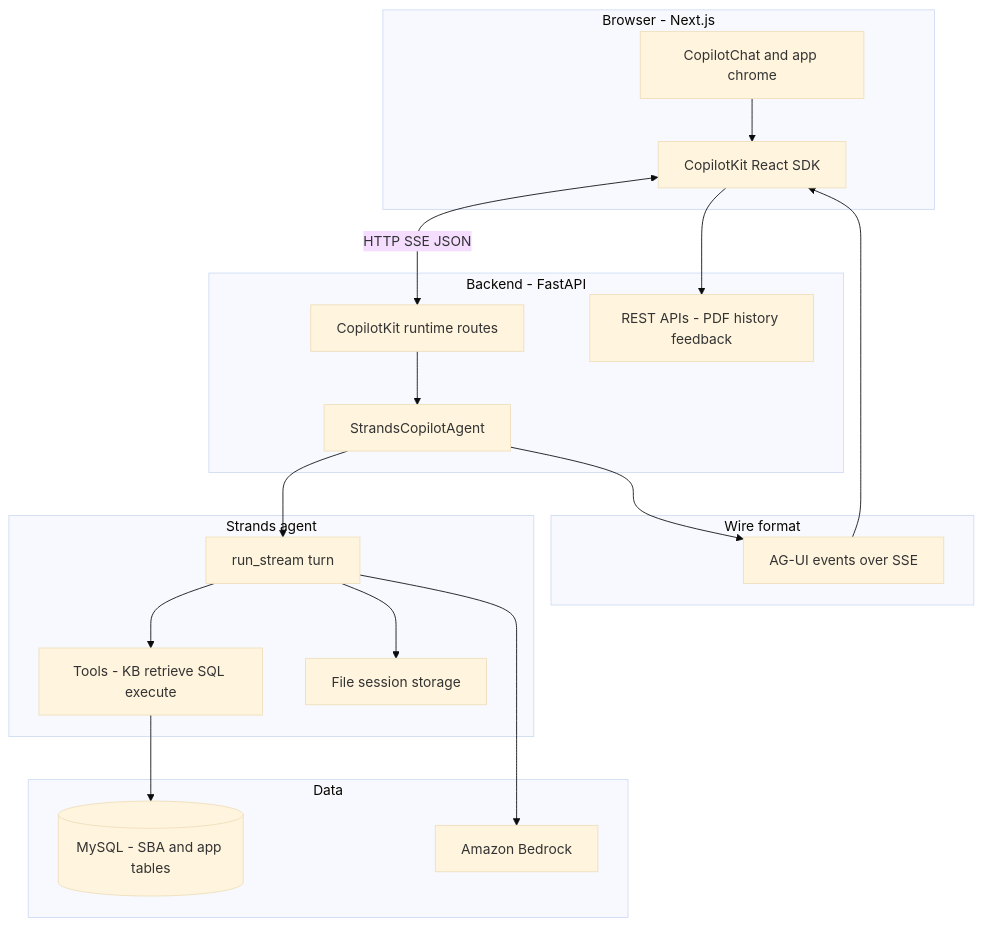
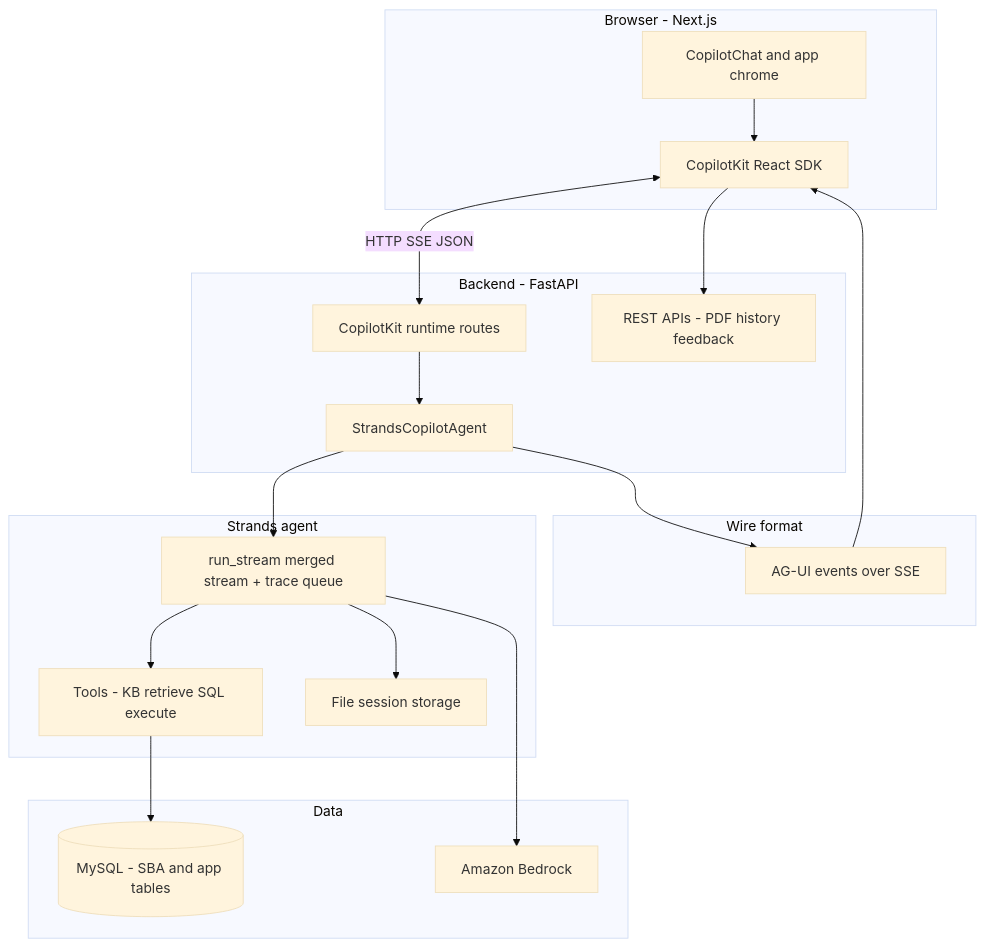
One commit to JordanRino/Smart-Report-Analyst changed the diagram in docs/strands-copilot-agui-architecture.md. Above: the diagram before and after it, drawn with Mermaid (base theme). The commit also changed other lines of this file and 19 other files, not shown here.

````diff
--- a/docs/strands-copilot-agui-architecture.md
+++ b/docs/strands-copilot-agui-architecture.md
@@ -16,40 +16,40 @@
 ```mermaid
 flowchart TB
   subgraph client [Browser - Next.js]
     UI[CopilotChat and app chrome]
     CK[CopilotKit React SDK]
     UI --> CK
   end
 
   subgraph api [Backend - FastAPI]
     RT[CopilotKit runtime routes]
     AG[StrandsCopilotAgent]
     REST[REST APIs - PDF history feedback]
     RT --> AG
   end
 
   subgraph proto [Wire format]
     SSE[AG-UI events over SSE]
   end
 
   subgraph strands [Strands agent]
-    RUN[run_stream turn]
+    RUN[run_stream merged stream + trace queue]
     TOOLS[Tools - KB retrieve SQL execute]
     SESS[File session storage]
     RUN --> TOOLS
     RUN --> SESS
   end
 
   subgraph data [Data]
     MYSQL[(MySQL - SBA and app tables)]
     BEDROCK[Amazon Bedrock]
   end
 
   CK <-->|HTTP SSE JSON| RT
   AG --> SSE
   SSE --> CK
   AG --> RUN
   TOOLS --> MYSQL
   RUN --> BEDROCK
   CK --> REST
 ```
````
